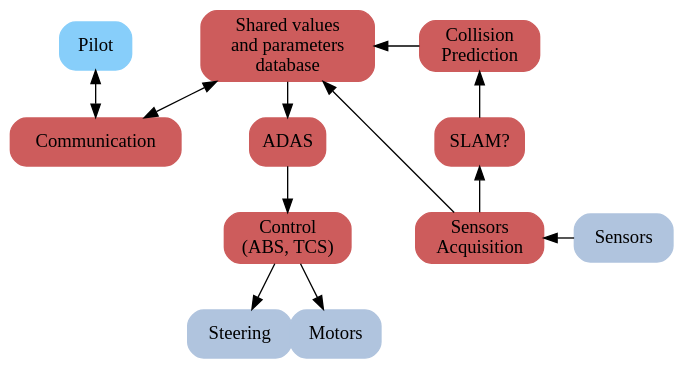
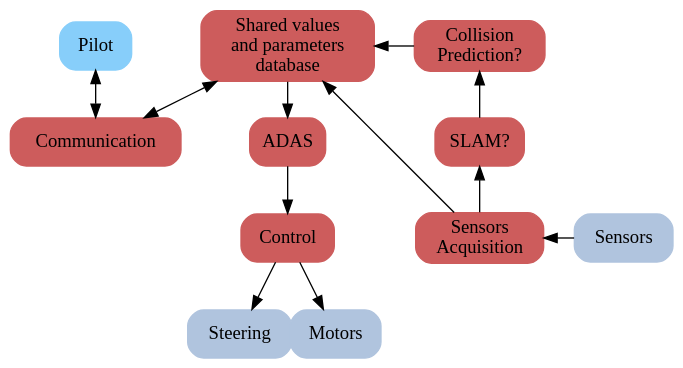
Before and after one commit to Fabien-Chouteau/talks: the diagram in diagrams/OPAVES_SW_architecture.dot, drawn with Graphviz. The commit also changed 27 other files, not shown here.

```diff
--- a/diagrams/OPAVES_SW_architecture.dot
+++ b/diagrams/OPAVES_SW_architecture.dot
@@ -1,37 +1,37 @@
 digraph {
     bgcolor=transparent
     layout=neato
 
     node        [shape=box, style="rounded,filled"]
 
     pilot       [color="lightskyblue",   pos="0,0!",    label="Pilot"];
     coms        [color="indianred",      pos="0,-1!",   label="Communication"];
     database    [color="indianred",      pos="2,0!",    label="Shared values\nand parameters\ndatabase"];
     adas        [color="indianred",      pos="2,-1!",   label="ADAS"];
-    control     [color="indianred",      pos="2,-2!",   label="Control\n(ABS, TCS)"];
-    collision   [color="indianred",      pos="4,0!",    label="Collision\nPrediction"];
+    control     [color="indianred",      pos="2,-2!",   label="Control"];
+    collision   [color="indianred",      pos="4,0!",    label="Collision\nPrediction?"];
     slam        [color="indianred",      pos="4,-1!",   label="SLAM?"];
     acquisition [color="indianred",      pos="4,-2!",   label="Sensors\nAcquisition"];
     steering    [color="lightsteelblue", pos="1.5,-3!", label="Steering"];
     motor       [color="lightsteelblue", pos="2.5,-3!", label="Motors"];
     sensors     [color="lightsteelblue", pos="5.5,-2!",   label="Sensors"];
 
     edge [color=black]
 
     pilot -> coms [dir=both]
 
     coms -> database [dir=both]
 
     database -> adas
     adas -> control
 
     control -> steering
     control -> motor
 
     sensors -> acquisition
     acquisition -> slam
     acquisition -> database
 
     slam -> collision
     collision -> database
 }
```
